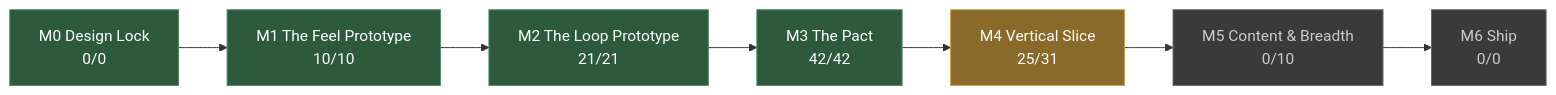
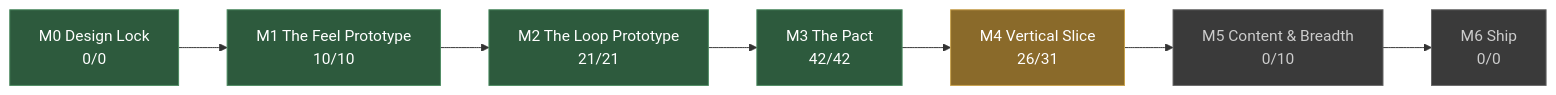
Before and after one commit to JoshuaGessner/she: the diagram in docs/STATUS.md, drawn with Mermaid. The commit also changed other lines of this file and 33 other files, not shown here.

````diff
--- a/docs/STATUS.md
+++ b/docs/STATUS.md
@@ -13,19 +13,19 @@
 ```mermaid
 flowchart LR
   M0["M0 Design Lock<br/>0/0"]:::passed
   M1["M1 The Feel Prototype<br/>10/10"]:::passed
   M0 --> M1
   M2["M2 The Loop Prototype<br/>21/21"]:::passed
   M1 --> M2
   M3["M3 The Pact<br/>42/42"]:::passed
   M2 --> M3
-  M4["M4 Vertical Slice<br/>25/31"]:::current
+  M4["M4 Vertical Slice<br/>26/31"]:::current
   M3 --> M4
   M5["M5 Content & Breadth<br/>0/10"]:::ahead
   M4 --> M5
   M6["M6 Ship<br/>0/0"]:::ahead
   M5 --> M6
   classDef passed fill:#2d5a3d,stroke:#4a8a5f,color:#fff
   classDef current fill:#8a6a2a,stroke:#c8a04a,color:#fff
   classDef ahead fill:#3a3a3a,stroke:#666,color:#ccc
 ```
````
